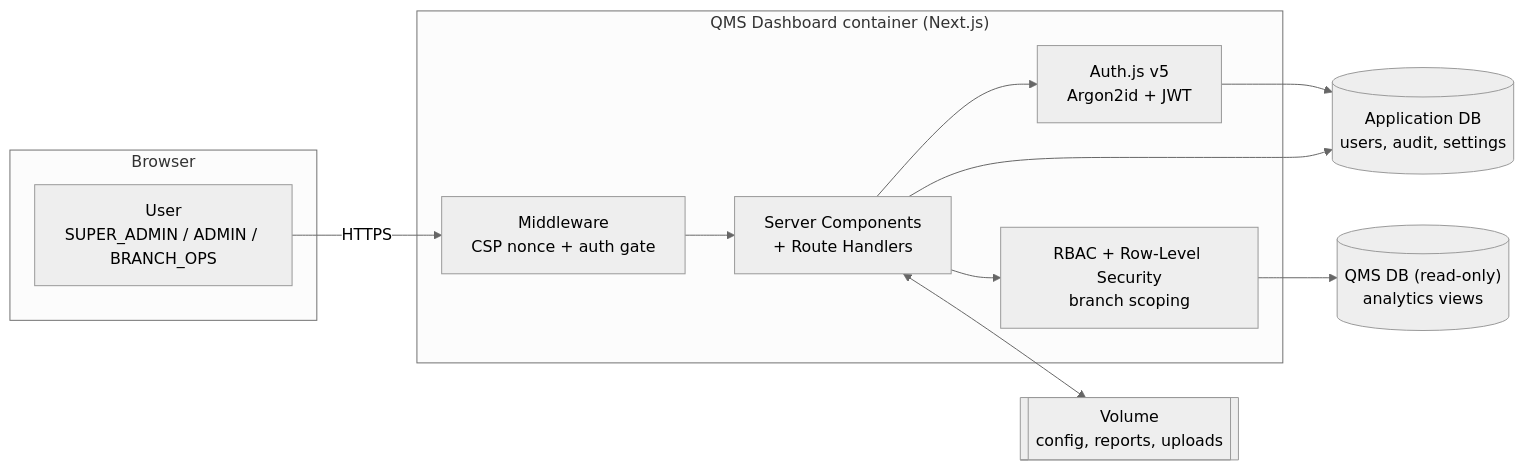
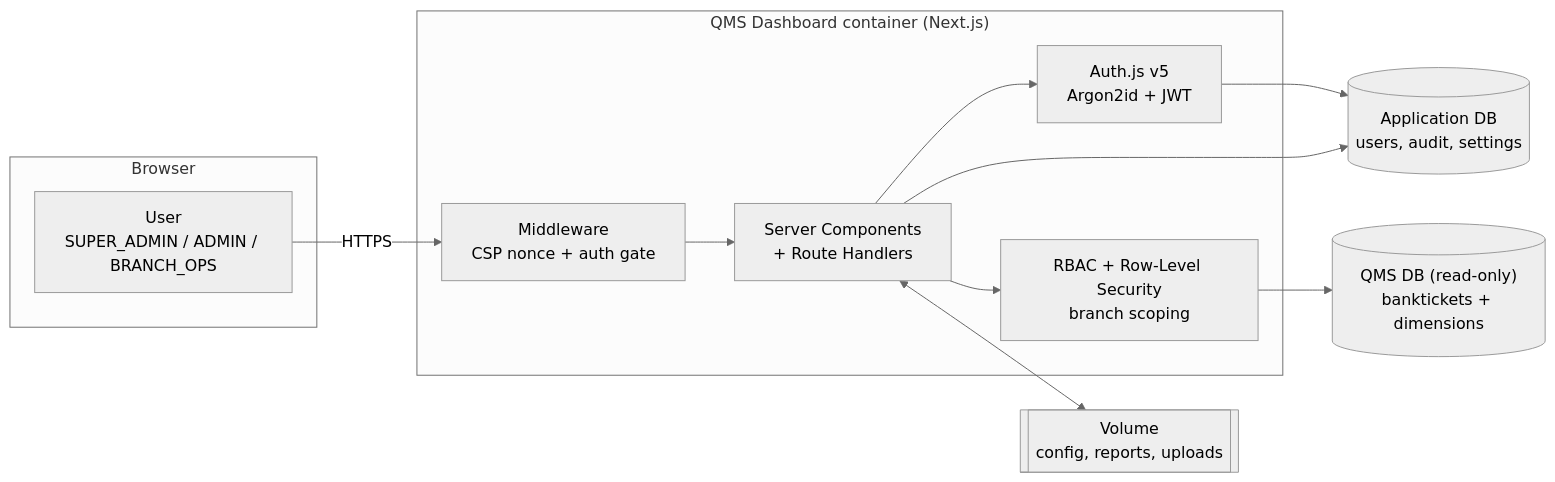
Before and after one commit to jethro-achi/qms-dashboard: the diagram in README.md, drawn with Mermaid (neutral theme). The commit also changed other lines of this file and 10 other files, not shown here.

Commit message:
Revert Sentry; reconcile QMS schema; add analytics cache + perf knobs

````diff
--- a/README.md
+++ b/README.md
@@ -51,21 +51,21 @@
 ```mermaid
 flowchart LR
   subgraph Browser
     U["User<br/>SUPER_ADMIN / ADMIN / BRANCH_OPS"]
   end
   subgraph App["QMS Dashboard container (Next.js)"]
     MW["Middleware<br/>CSP nonce + auth gate"]
     RSC["Server Components<br/>+ Route Handlers"]
     AUTH["Auth.js v5<br/>Argon2id + JWT"]
     RLS["RBAC + Row-Level Security<br/>branch scoping"]
   end
   DBAPP[("Application DB<br/>users, audit, settings")]
-  DBQMS[("QMS DB (read-only)<br/>analytics views")]
+  DBQMS[("QMS DB (read-only)<br/>banktickets + dimensions")]
   VOL[["Volume<br/>config, reports, uploads"]]
 
   U -->|HTTPS| MW --> RSC
   RSC --> AUTH --> DBAPP
   RSC --> RLS --> DBQMS
   RSC --> DBAPP
   RSC <--> VOL
 ```
````
